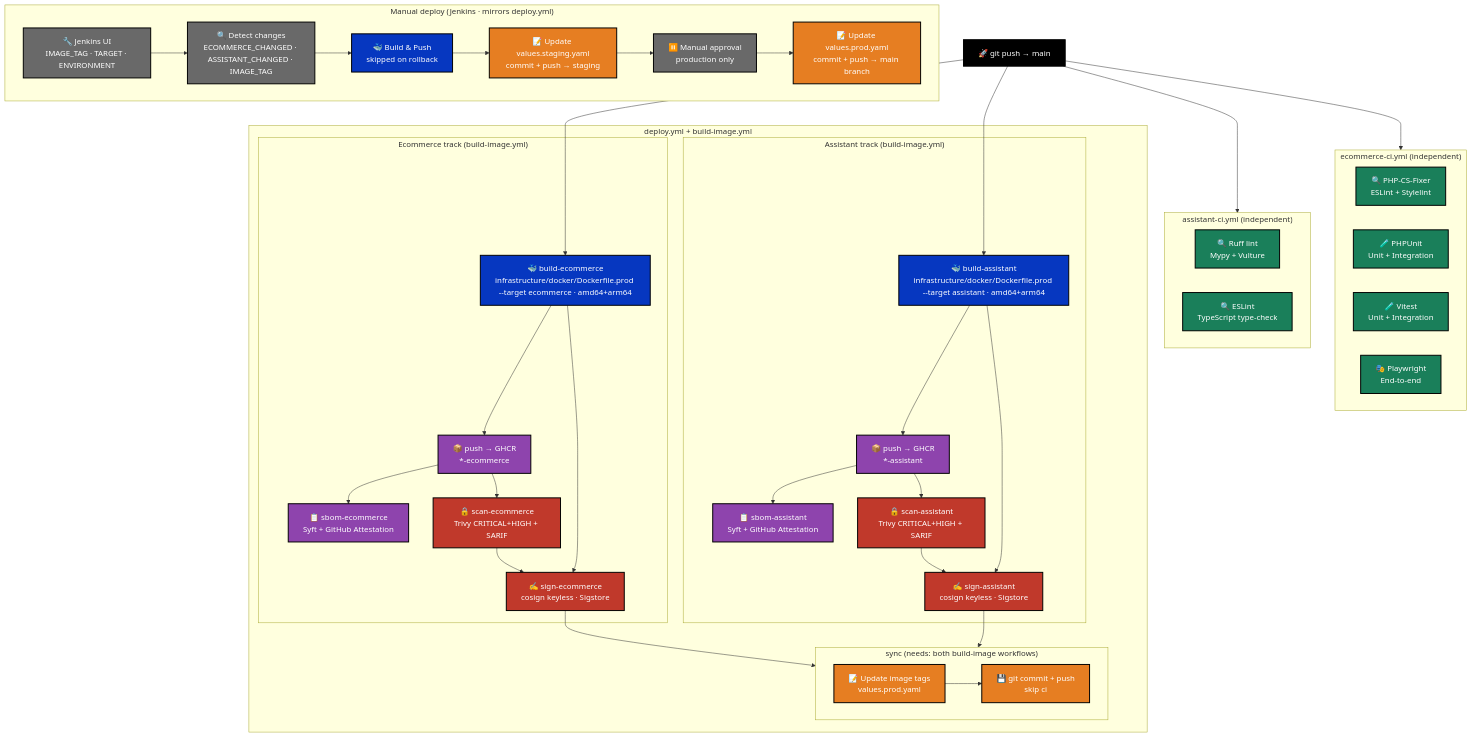
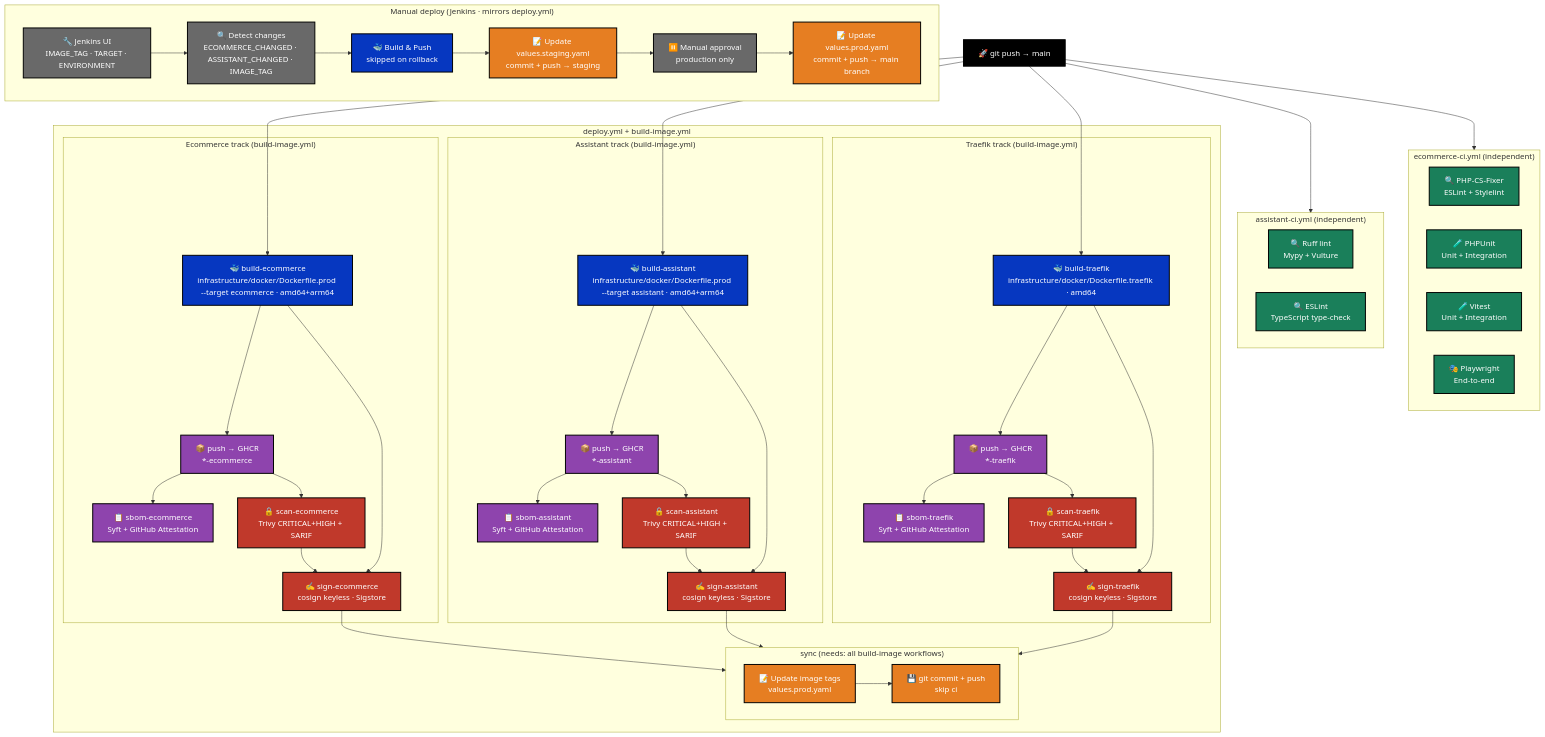
Before and after one commit to developer-samuel/levelup-store: the diagram in docs/diagrams/graphs/architecture/deployment.mmd, drawn with Mermaid.

Commit message:
docs: add Traefik track to deployment diagram

```diff
--- a/docs/diagrams/graphs/architecture/deployment.mmd
+++ b/docs/diagrams/graphs/architecture/deployment.mmd
@@ -1,97 +1,113 @@
 graph TD
     %% CI/CD deployment pipeline
     %% Automated: deploy.yml (GitHub Actions) orchestrates via build-image.yml
     %% Manual:    Jenkins (Jenkinsfile) - mirrors deploy.yml, adds staging + approval gate
     %% EcommerceTrack + AssistantTrack run inside build-image.yml
     %% ecommerce-ci.yml + assistant-ci.yml run independently (not gates)
 
     classDef trigger  fill:#000,    color:#fff, stroke:#000, stroke-width:2px;
     classDef ci       fill:#1a7f5a, color:#fff, stroke:#000, stroke-width:2px;
     classDef build    fill:#0637c0, color:#fff, stroke:#000, stroke-width:2px;
     classDef security fill:#c0392b, color:#fff, stroke:#000, stroke-width:2px;
     classDef sbom     fill:#8e44ad, color:#fff, stroke:#000, stroke-width:2px;
     classDef registry fill:#8e44ad, color:#fff, stroke:#000, stroke-width:2px;
     classDef gitops   fill:#e67e22, color:#fff, stroke:#000, stroke-width:2px;
     classDef manual   fill:#696969, color:#fff, stroke:#000, stroke-width:2px;
 
     Push[🚀 git push → main]:::trigger
 
     %% ── Manual deploy ────────────────────────────────────────────────────────
 
     subgraph ManualDeploy["Manual deploy  (Jenkins · mirrors deploy.yml)"]
         JenkinsUI[🔧 Jenkins UI\nIMAGE_TAG · TARGET · ENVIRONMENT]:::manual
         JenkinsDetect[🔍 Detect changes\nECOMMERCE_CHANGED · ASSISTANT_CHANGED · IMAGE_TAG]:::manual
         JenkinsBuild[🐳 Build & Push\nskipped on rollback]:::build
         JenkinsStaging[📝 Update values.staging.yaml\ncommit + push → staging]:::gitops
         JenkinsApproval[⏸️ Manual approval\nproduction only]:::manual
         JenkinsProd[📝 Update values.prod.yaml\ncommit + push → main branch]:::gitops
     end
 
     JenkinsUI      --> JenkinsDetect
     JenkinsDetect  --> JenkinsBuild
     JenkinsBuild   --> JenkinsStaging
     JenkinsStaging --> JenkinsApproval
     JenkinsApproval --> JenkinsProd
 
     %% ── Independent CI (not gates) ───────────────────────────────────────────
 
     subgraph EcommerceCIWorkflow["ecommerce-ci.yml  (independent)"]
         Lint[🔍 PHP-CS-Fixer\nESLint + Stylelint]:::ci
         PHPUnit[🧪 PHPUnit\nUnit + Integration]:::ci
         Vitest[🧪 Vitest\nUnit + Integration]:::ci
         Playwright[🎭 Playwright\nEnd-to-end]:::ci
     end
 
     subgraph AssistantCIWorkflow["assistant-ci.yml  (independent)"]
         AiLint[🔍 Ruff lint\nMypy + Vulture]:::ci
         AiFrontendLint[🔍 ESLint\nTypeScript type-check]:::ci
     end
 
     %% ── deploy.yml ───────────────────────────────────────────────────────────
 
     subgraph DeployWorkflow["deploy.yml + build-image.yml"]
 
         subgraph EcommerceTrack["Ecommerce track  (build-image.yml)"]
             BuildEcommerce[🐳 build-ecommerce\ninfrastructure/docker/Dockerfile.prod --target ecommerce · amd64+arm64]:::build
             GHCREcommerce[📦 push → GHCR\n*-ecommerce]:::registry
             SbomEcommerce[📋 sbom-ecommerce\nSyft + GitHub Attestation]:::sbom
             ScanEcommerce[🔒 scan-ecommerce\nTrivy CRITICAL+HIGH + SARIF]:::security
             SignEcommerce[✍️ sign-ecommerce\ncosign keyless · Sigstore]:::security
         end
 
         subgraph AssistantTrack["Assistant track  (build-image.yml)"]
             BuildAssistant[🐳 build-assistant\ninfrastructure/docker/Dockerfile.prod --target assistant · amd64+arm64]:::build
             GHCRAssistant[📦 push → GHCR\n*-assistant]:::registry
             SbomAssistant[📋 sbom-assistant\nSyft + GitHub Attestation]:::sbom
             ScanAssistant[🔒 scan-assistant\nTrivy CRITICAL+HIGH + SARIF]:::security
             SignAssistant[✍️ sign-assistant\ncosign keyless · Sigstore]:::security
         end
 
-        subgraph SyncJob["sync  (needs: both build-image workflows)"]
+        subgraph TraefikTrack["Traefik track  (build-image.yml)"]
+            BuildTraefik[🐳 build-traefik\ninfrastructure/docker/Dockerfile.traefik · amd64]:::build
+            GHCRTraefik[📦 push → GHCR\n*-traefik]:::registry
+            SbomTraefik[📋 sbom-traefik\nSyft + GitHub Attestation]:::sbom
+            ScanTraefik[🔒 scan-traefik\nTrivy CRITICAL+HIGH + SARIF]:::security
+            SignTraefik[✍️ sign-traefik\ncosign keyless · Sigstore]:::security
+        end
+
+        subgraph SyncJob["sync  (needs: all build-image workflows)"]
             ValuesUpdate[📝 Update image tags\nvalues.prod.yaml]:::gitops
             GitCommit[💾 git commit + push\nskip ci]:::gitops
         end
 
     end
 
     Push --> EcommerceCIWorkflow
     Push --> AssistantCIWorkflow
     Push --> BuildEcommerce
     Push --> BuildAssistant
+    Push --> BuildTraefik
 
     BuildEcommerce --> GHCREcommerce
     GHCREcommerce  --> SbomEcommerce
     GHCREcommerce  --> ScanEcommerce
     ScanEcommerce  --> SignEcommerce
     BuildEcommerce --> SignEcommerce
 
     BuildAssistant --> GHCRAssistant
     GHCRAssistant  --> SbomAssistant
     GHCRAssistant  --> ScanAssistant
     ScanAssistant  --> SignAssistant
     BuildAssistant --> SignAssistant
 
+    BuildTraefik --> GHCRTraefik
+    GHCRTraefik  --> SbomTraefik
+    GHCRTraefik  --> ScanTraefik
+    ScanTraefik  --> SignTraefik
+    BuildTraefik --> SignTraefik
+
     SignEcommerce --> SyncJob
     SignAssistant --> SyncJob
+    SignTraefik   --> SyncJob
 
     ValuesUpdate --> GitCommit
```
